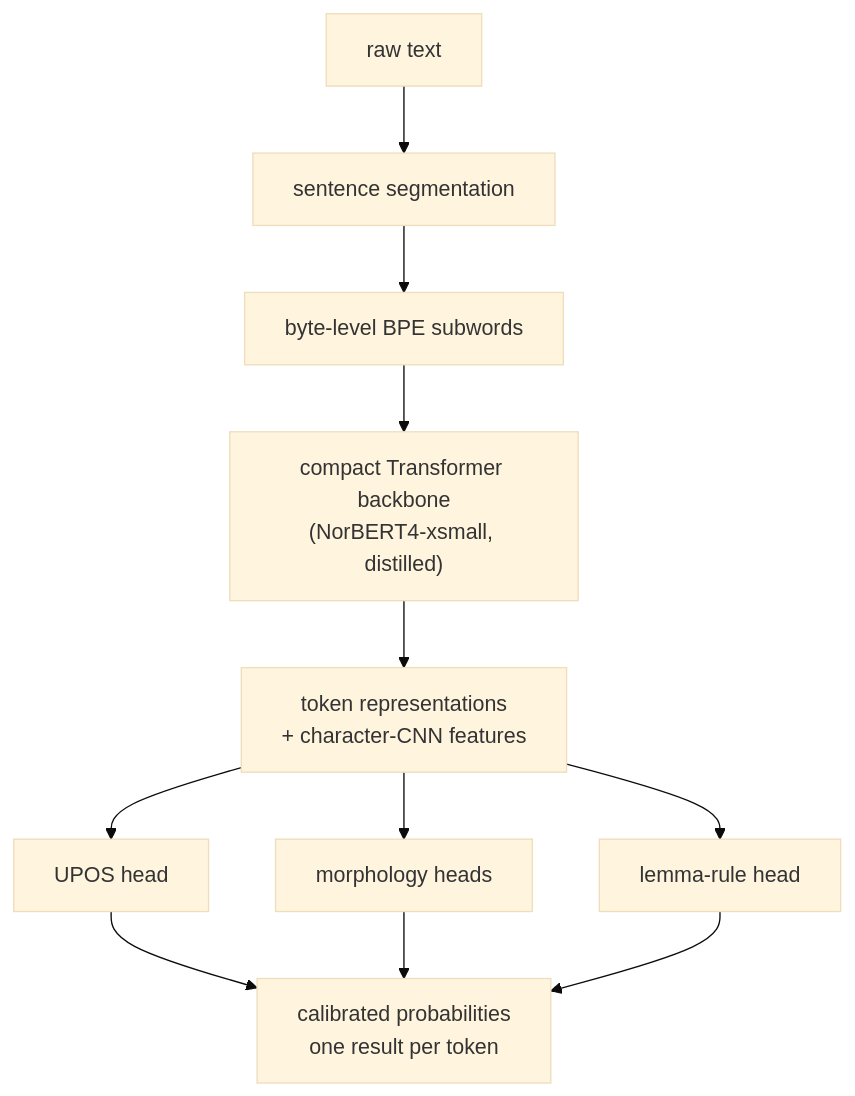
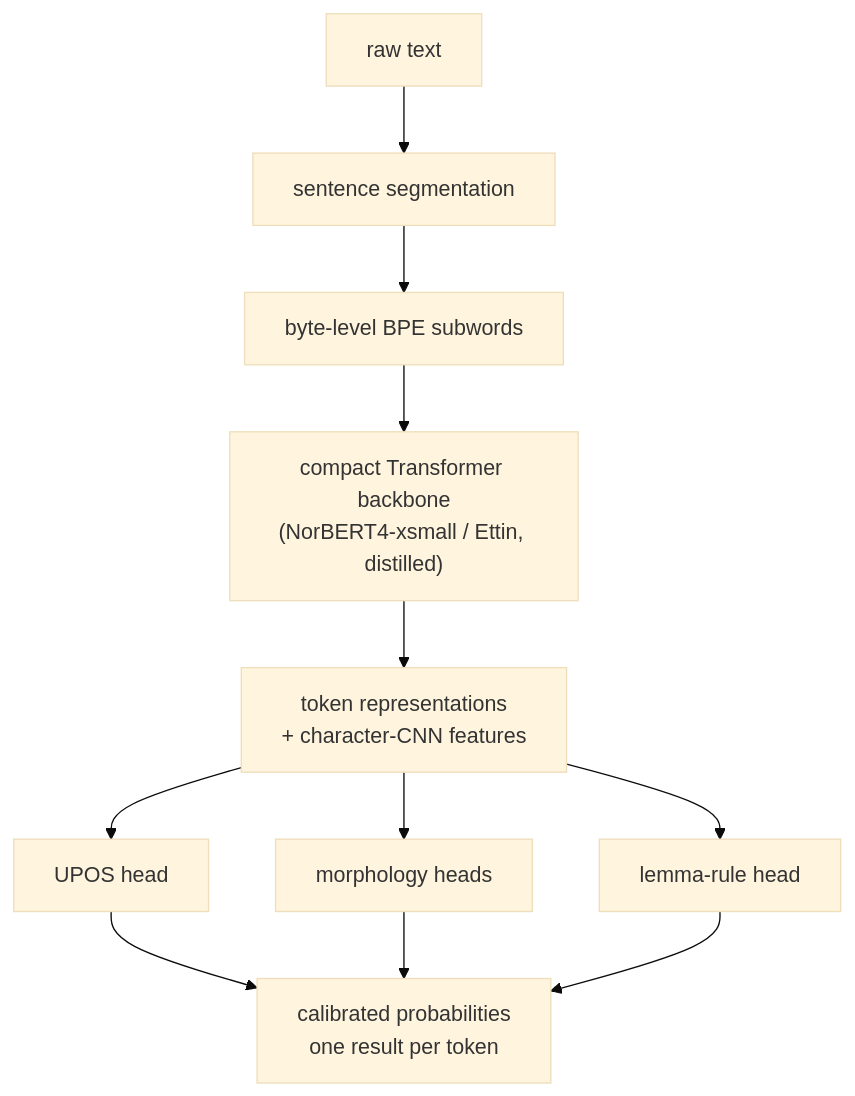
One commit to dmlux/Prism changed the diagram in README.md. Above: the diagram before and after it, drawn with Mermaid (base theme). The commit also changed other lines of this file, not shown here.

````diff
--- a/README.md
+++ b/README.md
@@ -44,13 +50,13 @@
 ```mermaid
 flowchart TB
     Text["raw text"] --> Seg["sentence segmentation"]
     Seg --> BPE["byte-level BPE subwords"]
-    BPE --> Backbone["compact Transformer backbone<br/>(NorBERT4-xsmall, distilled)"]
+    BPE --> Backbone["compact Transformer backbone<br/>(NorBERT4-xsmall / Ettin, distilled)"]
     Backbone --> Tokens["token representations<br/>+ character-CNN features"]
     Tokens --> Upos["UPOS head"]
     Tokens --> Morph["morphology heads"]
     Tokens --> Lemma["lemma-rule head"]
     Upos --> Out["calibrated probabilities<br/>one result per token"]
     Morph --> Out
     Lemma --> Out
 ```
````
